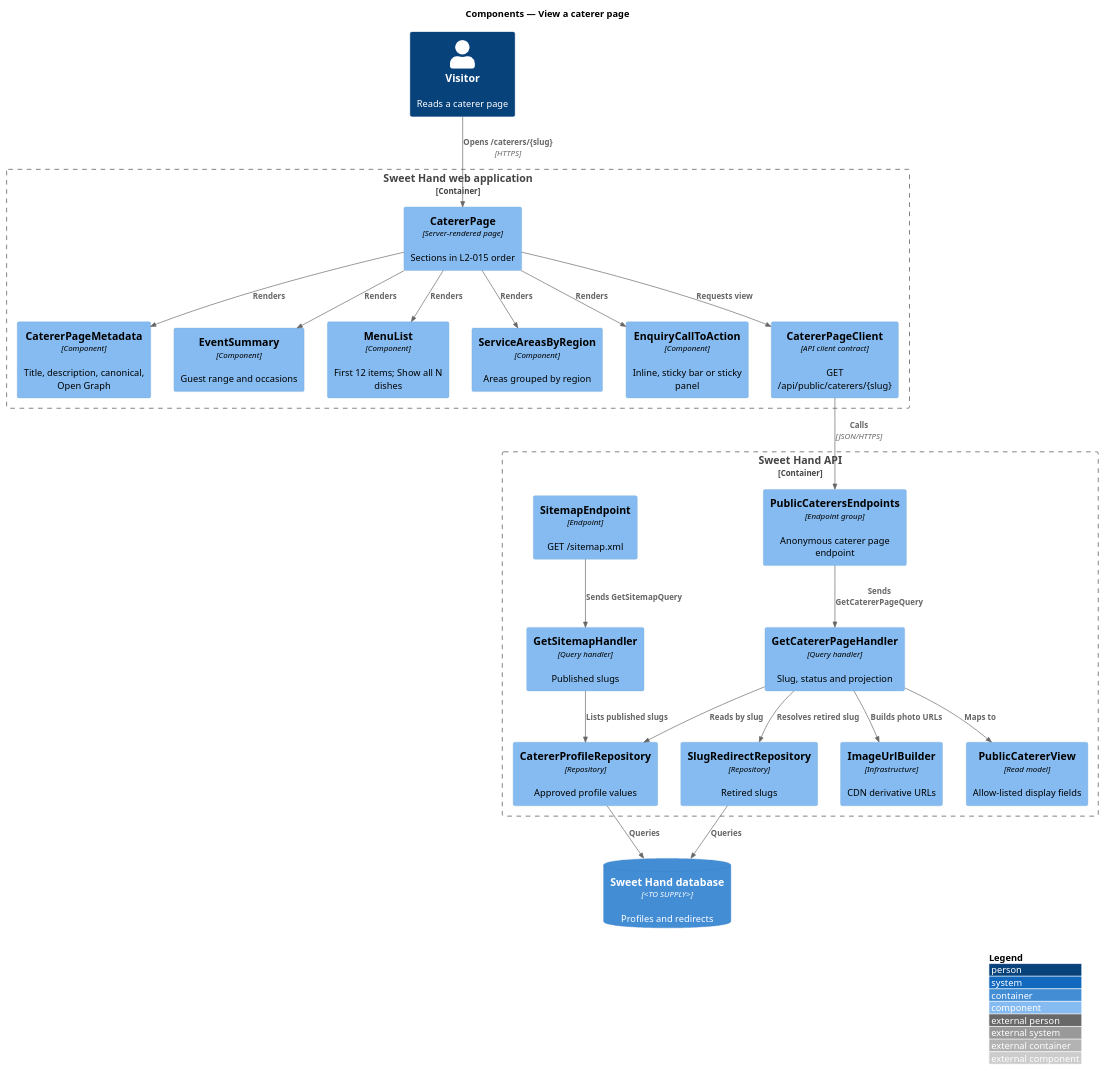
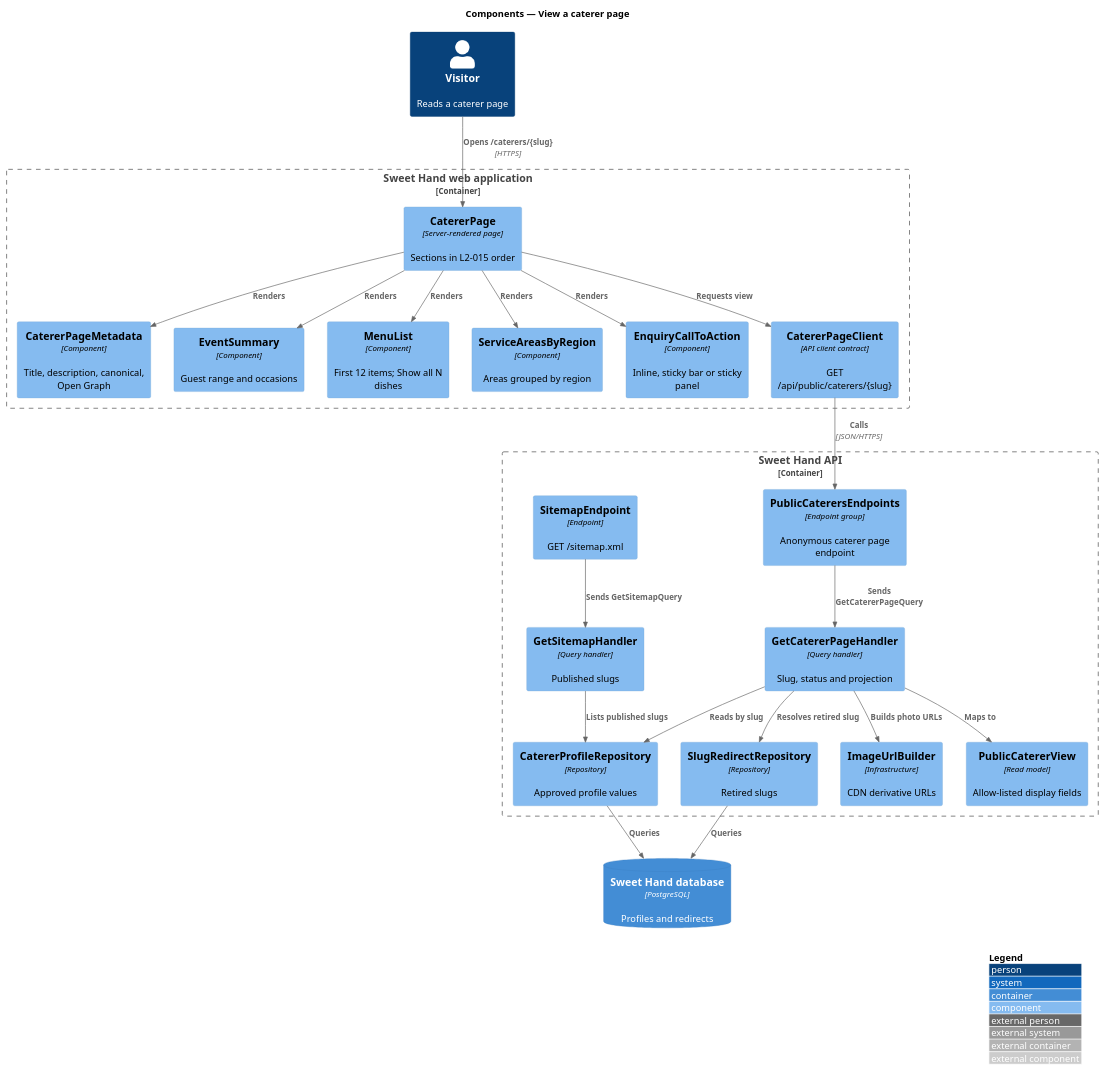
The diagram in docs/detailed-designs/discovery/view-caterer-page/diagrams/c4-component.puml (QuinntyneBrown/sweet-hand), drawn with PlantUML before and after one commit. The commit also changed 32 other files, not shown here.

```diff
--- a/docs/detailed-designs/discovery/view-caterer-page/diagrams/c4-component.puml
+++ b/docs/detailed-designs/discovery/view-caterer-page/diagrams/c4-component.puml
@@ -1,45 +1,45 @@
 @startuml
 !include <C4/C4_Component>
 LAYOUT_WITH_LEGEND()
 title Components — View a caterer page
 
 Person(visitor, "Visitor", "Reads a caterer page")
 Container_Boundary(web, "Sweet Hand web application") {
   Component(page, "CatererPage", "Server-rendered page", "Sections in L2-015 order")
   Component(meta, "CatererPageMetadata", "Component", "Title, description, canonical, Open Graph")
   Component(summary, "EventSummary", "Component", "Guest range and occasions")
   Component(menu, "MenuList", "Component", "First 12 items; Show all N dishes")
   Component(areas, "ServiceAreasByRegion", "Component", "Areas grouped by region")
   Component(cta, "EnquiryCallToAction", "Component", "Inline, sticky bar or sticky panel")
   Component(client, "CatererPageClient", "API client contract", "GET /api/public/caterers/{slug}")
 }
 Container_Boundary(api, "Sweet Hand API") {
   Component(endpoints, "PublicCaterersEndpoints", "Endpoint group", "Anonymous caterer page endpoint")
   Component(sitemap, "SitemapEndpoint", "Endpoint", "GET /sitemap.xml")
   Component(handler, "GetCatererPageHandler", "Query handler", "Slug, status and projection")
   Component(view, "PublicCatererView", "Read model", "Allow-listed display fields")
   Component(sitemapH, "GetSitemapHandler", "Query handler", "Published slugs")
   Component(repo, "CatererProfileRepository", "Repository", "Approved profile values")
   Component(redirects, "SlugRedirectRepository", "Repository", "Retired slugs")
   Component(images, "ImageUrlBuilder", "Infrastructure", "CDN derivative URLs")
 }
-ContainerDb(db, "Sweet Hand database", "<TO SUPPLY>", "Profiles and redirects")
+ContainerDb(db, "Sweet Hand database", "PostgreSQL", "Profiles and redirects")
 
 Rel(visitor, page, "Opens /caterers/{slug}", "HTTPS")
 Rel(page, meta, "Renders")
 Rel(page, summary, "Renders")
 Rel(page, menu, "Renders")
 Rel(page, areas, "Renders")
 Rel(page, cta, "Renders")
 Rel(page, client, "Requests view")
 Rel(client, endpoints, "Calls", "JSON/HTTPS")
 Rel(endpoints, handler, "Sends GetCatererPageQuery")
 Rel(handler, repo, "Reads by slug")
 Rel(handler, redirects, "Resolves retired slug")
 Rel(handler, images, "Builds photo URLs")
 Rel(handler, view, "Maps to")
 Rel(sitemap, sitemapH, "Sends GetSitemapQuery")
 Rel(sitemapH, repo, "Lists published slugs")
 Rel(repo, db, "Queries")
 Rel(redirects, db, "Queries")
 @enduml
```
